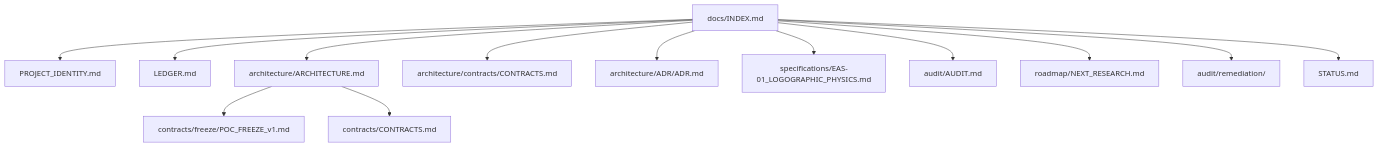
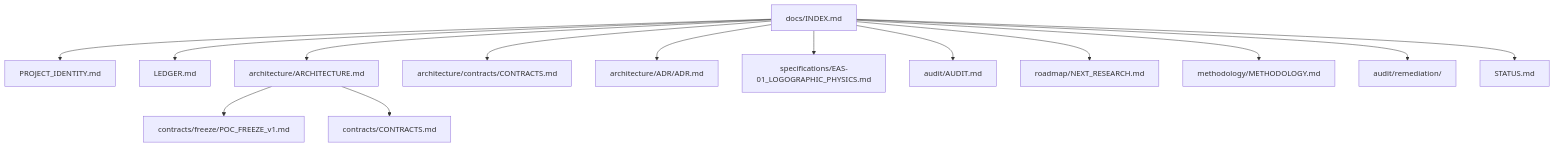
One commit to AlexusPacicus/Traianus changed the diagram in docs/INDEX.md. Above: the diagram before and after it, drawn with Mermaid. The commit also changed other lines of this file and 3 other files, not shown here.

````diff
--- a/docs/INDEX.md
+++ b/docs/INDEX.md
@@ -25,16 +25,17 @@
 ```mermaid
 graph TD
     ROOT[docs/INDEX.md] --> PID[PROJECT_IDENTITY.md]
     ROOT --> LED[LEDGER.md]
     ROOT --> ARCH[architecture/ARCHITECTURE.md]
     ROOT --> CONT[architecture/contracts/CONTRACTS.md]
     ROOT --> ADR[architecture/ADR/ADR.md]
     ROOT --> EAS[specifications/EAS-01_LOGOGRAPHIC_PHYSICS.md]
     ROOT --> AUD[audit/AUDIT.md]
     ROOT --> ROAD[roadmap/NEXT_RESEARCH.md]
+    ROOT --> METH[methodology/METHODOLOGY.md]
     ROOT --> REM[audit/remediation/]
     ROOT --> STA[STATUS.md]
     
     ARCH --> CON1[contracts/freeze/POC_FREEZE_v1.md]
     ARCH --> CON2[contracts/CONTRACTS.md]
 ```
````
